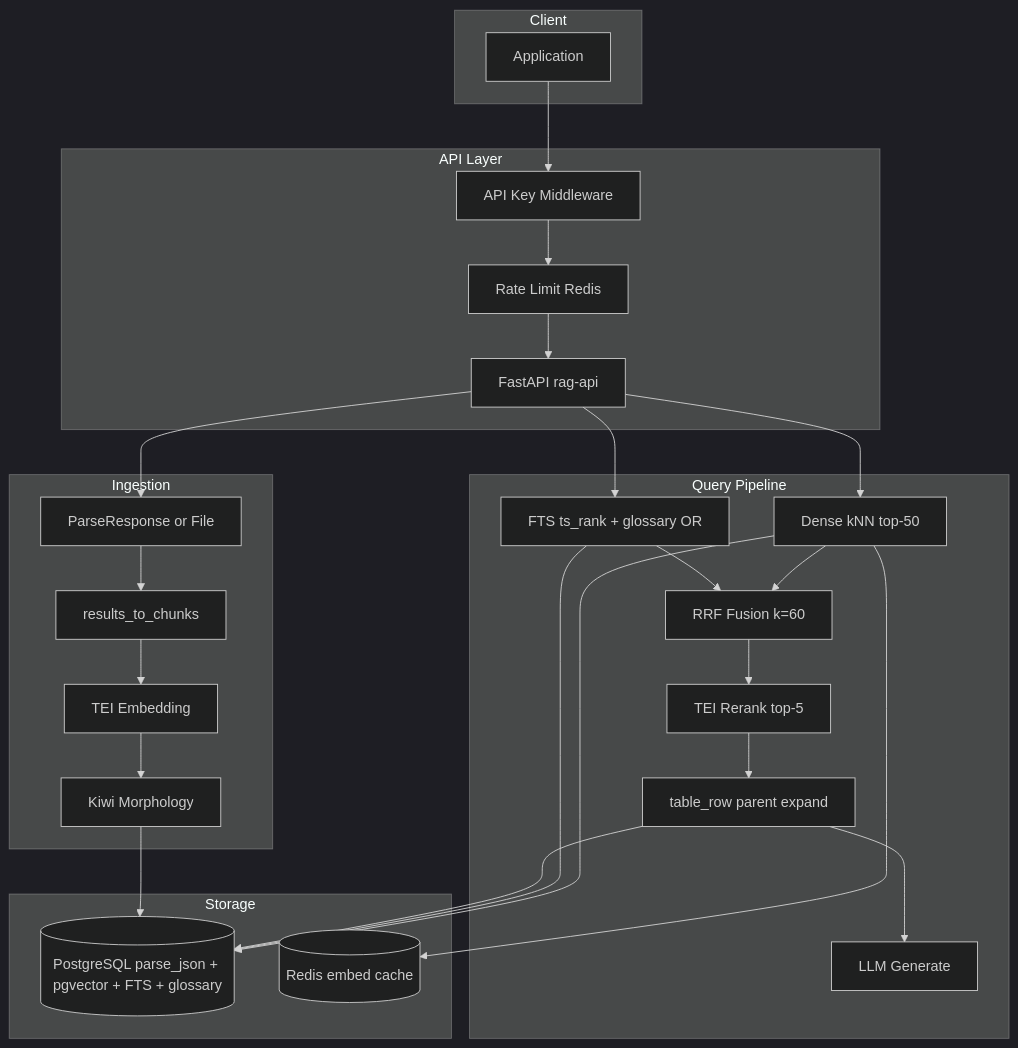
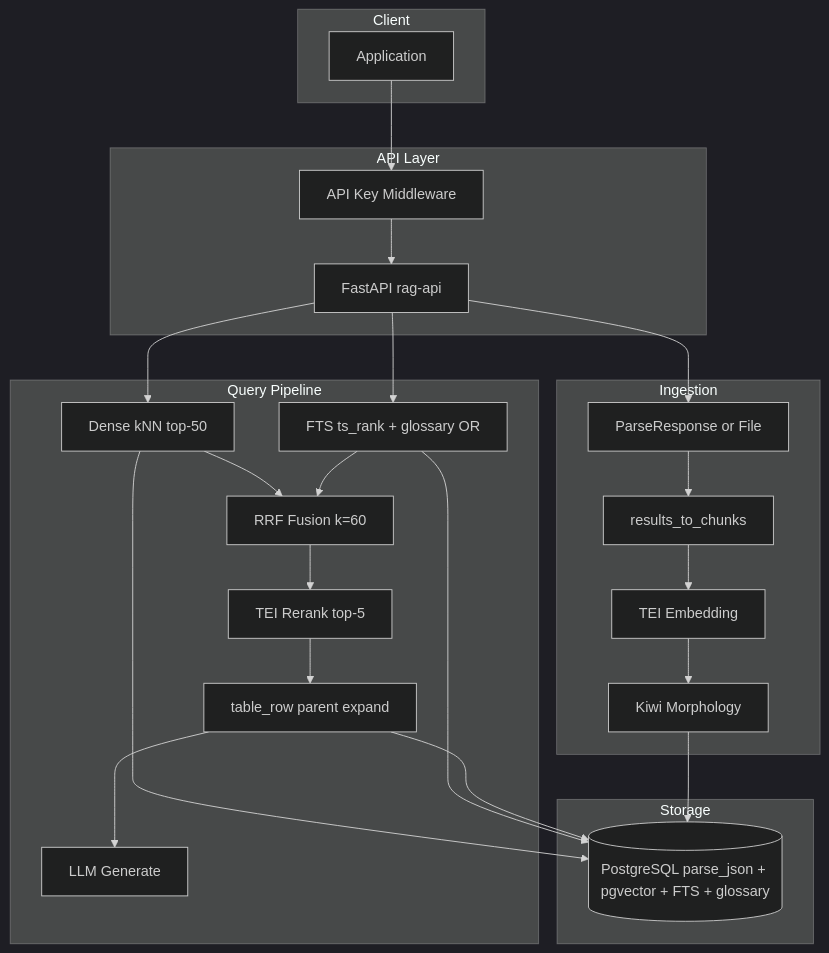
The first of 2 diagrams in doc/ARCHITECTURE.md (santarosalia/rag), drawn with Mermaid (dark theme) before and after one commit. The commit also changed other lines of this file and 13 other files, not shown here.

First line of the commit message:
refactor: Redis와 embedding cache·rate limit을 제거한다

````diff
--- a/doc/ARCHITECTURE.md
+++ b/doc/ARCHITECTURE.md
@@ -9,48 +9,45 @@
 ```mermaid
 flowchart TB
   subgraph client [Client]
     App[Application]
   end
 
   subgraph api_layer [API Layer]
     FastAPI[FastAPI rag-api]
     Auth[API Key Middleware]
-    RateLimit[Rate Limit Redis]
   end
 
   subgraph ingest [Ingestion]
     Upload[ParseResponse or File]
     Chunker[results_to_chunks]
     EmbedWorker[TEI Embedding]
     MorphWorker[Kiwi Morphology]
   end
 
   subgraph storage [Storage]
     PG[(PostgreSQL parse_json + pgvector + FTS + glossary)]
-    Redis[(Redis embed cache)]
   end
 
   subgraph query [Query Pipeline]
     Dense[Dense kNN top-50]
     Sparse[FTS ts_rank + glossary OR]
     RRF[RRF Fusion k=60]
     Rerank[TEI Rerank top-5]
     Expand[table_row parent expand]
     LLM[LLM Generate]
   end
 
-  App --> Auth --> RateLimit --> FastAPI
+  App --> Auth --> FastAPI
   FastAPI --> Upload
   Upload --> Chunker --> EmbedWorker
   EmbedWorker --> MorphWorker --> PG
 
   FastAPI --> Dense
   FastAPI --> Sparse
   Dense --> PG
   Sparse --> PG
   Dense --> RRF
   Sparse --> RRF
   RRF --> Rerank --> Expand --> LLM
   Expand --> PG
-  Dense --> Redis
 ```
````
